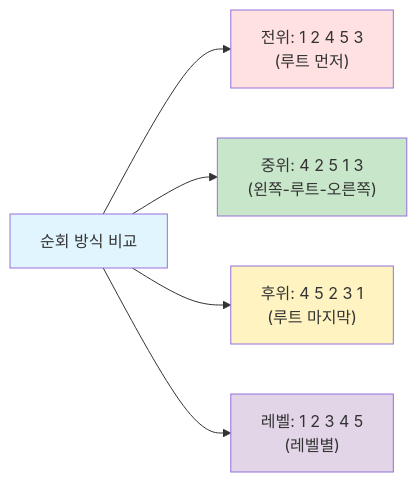
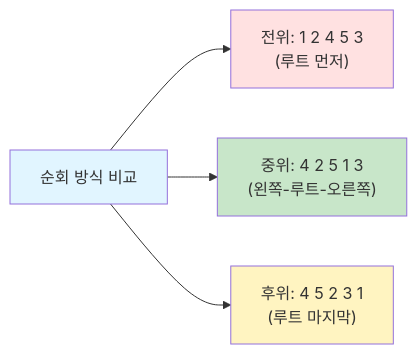
Before and after one commit to nugurejeil/weniVooks: the fifth of 22 diagrams in _md/essentials-codingtest/chapter03/03-4.md, drawn with Mermaid. The commit also changed other lines of this file and 3 other files, not shown here.

````diff
--- a/_md/essentials-codingtest/chapter03/03-4.md
+++ b/_md/essentials-codingtest/chapter03/03-4.md
@@ -200,13 +215,11 @@
 ```mermaid
 graph LR
     A["순회 방식 비교"] --> B["전위: 1 2 4 5 3<br/>(루트 먼저)"]
     A --> C["중위: 4 2 5 1 3<br/>(왼쪽-루트-오른쪽)"]
     A --> D["후위: 4 5 2 3 1<br/>(루트 마지막)"]
-    A --> E["레벨: 1 2 3 4 5<br/>(레벨별)"]
 
     style A fill:#e1f5ff
     style B fill:#ffe1e1
     style C fill:#c8e6c9
     style D fill:#fff4c1
-    style E fill:#e1d5e7
 ```
````
